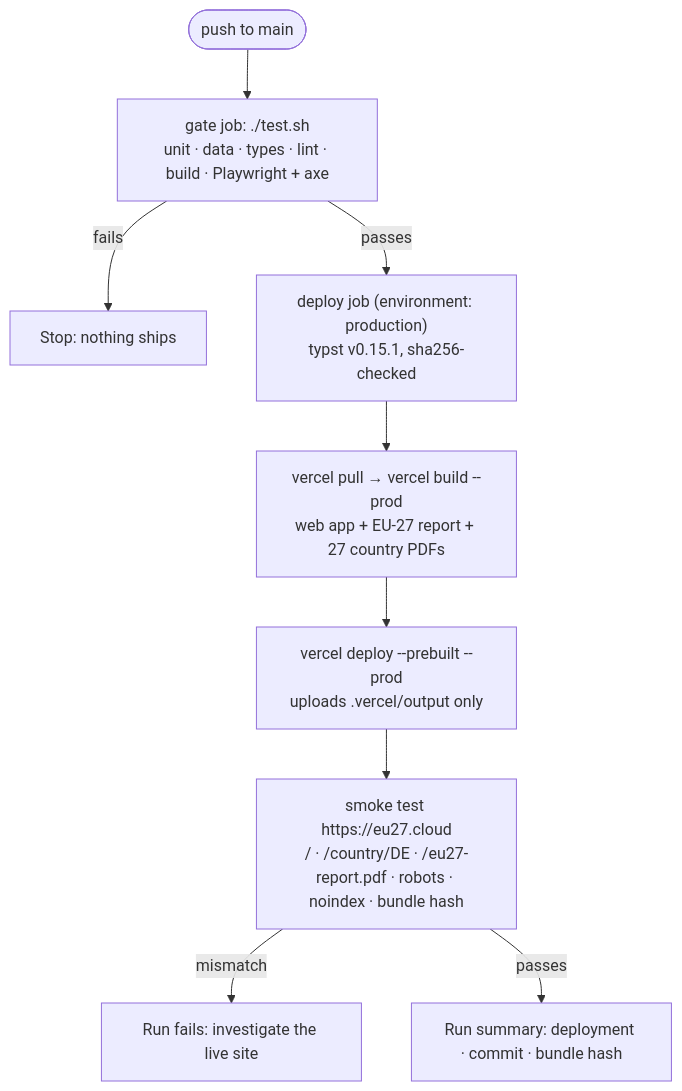
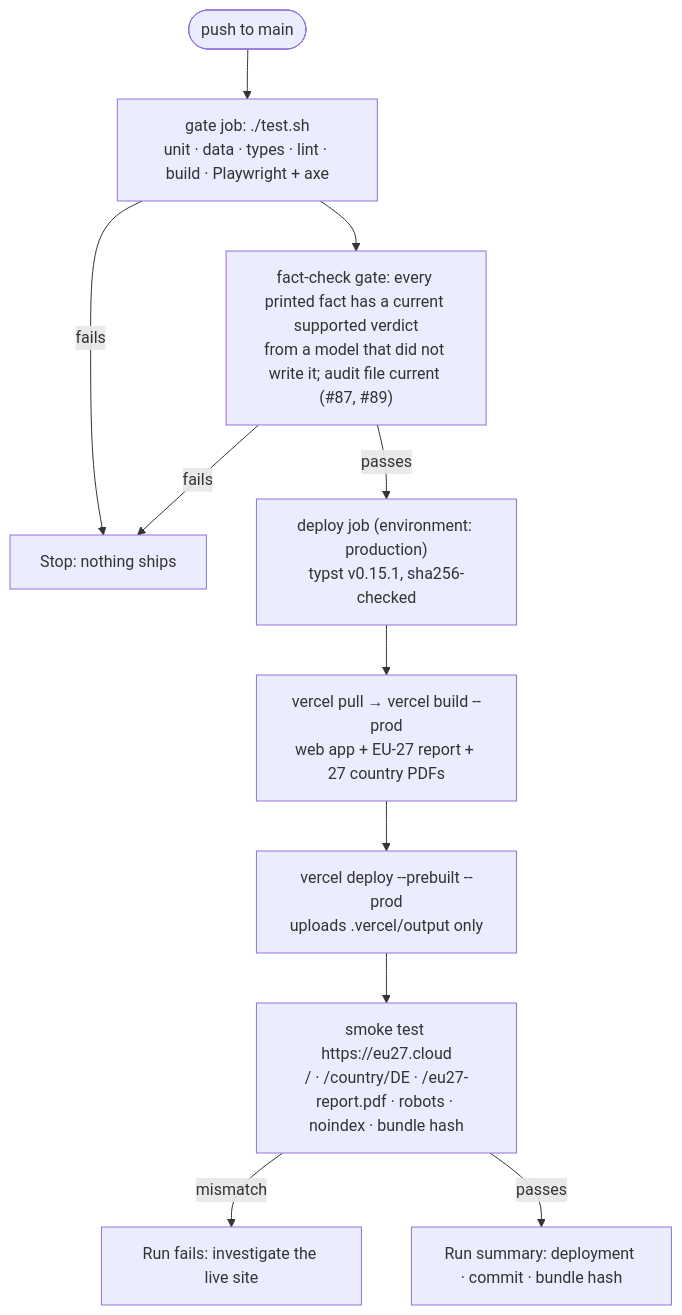
One commit to EU27-data-sovereignty/eu27-data-sovereignty changed the diagram in DEPLOYMENT.md. Above: the diagram before and after it, drawn with Mermaid. The commit also changed other lines of this file and 45 other files, not shown here.

First line of the commit message:
Withhold a fact the fact check does not confirm instead of blocking the deploy; fix eu27.cloud DNS docs (#89, #90)

````diff
--- a/DEPLOYMENT.md
+++ b/DEPLOYMENT.md
@@ -44,11 +45,13 @@
 ```mermaid
 flowchart TD
     P([push to main]) --> G["gate job: ./test.sh<br/>unit · data · types · lint · build · Playwright + axe"]
+    G --> F["fact-check gate: every printed fact has a current supported verdict<br/>from a model that did not write it; audit file current (#87, #89)"]
     G -- fails --> X1[Stop: nothing ships]
-    G -- passes --> T["deploy job (environment: production)<br/>typst v0.15.1, sha256-checked"]
+    F -- fails --> X1
+    F -- passes --> T["deploy job (environment: production)<br/>typst v0.15.1, sha256-checked"]
     T --> B["vercel pull → vercel build --prod<br/>web app + EU-27 report + 27 country PDFs"]
     B --> D["vercel deploy --prebuilt --prod<br/>uploads .vercel/output only"]
     D --> S["smoke test https://eu27.cloud<br/>/ · /country/DE · /eu27-report.pdf · robots · noindex · bundle hash"]
     S -- mismatch --> X2[Run fails: investigate the live site]
     S -- passes --> L[Run summary: deployment · commit · bundle hash]
 ```
````
